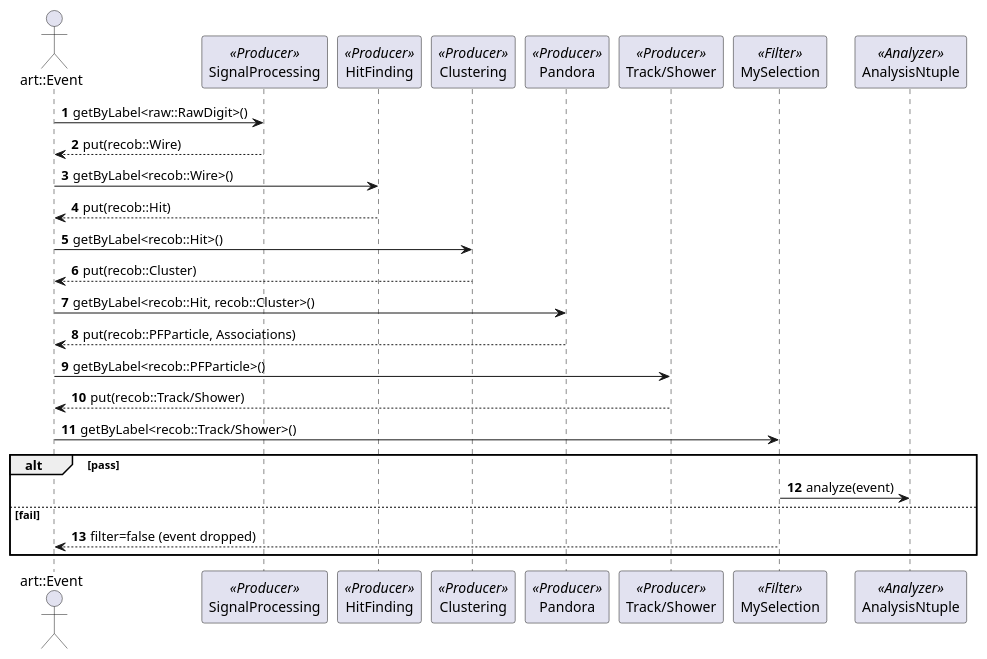
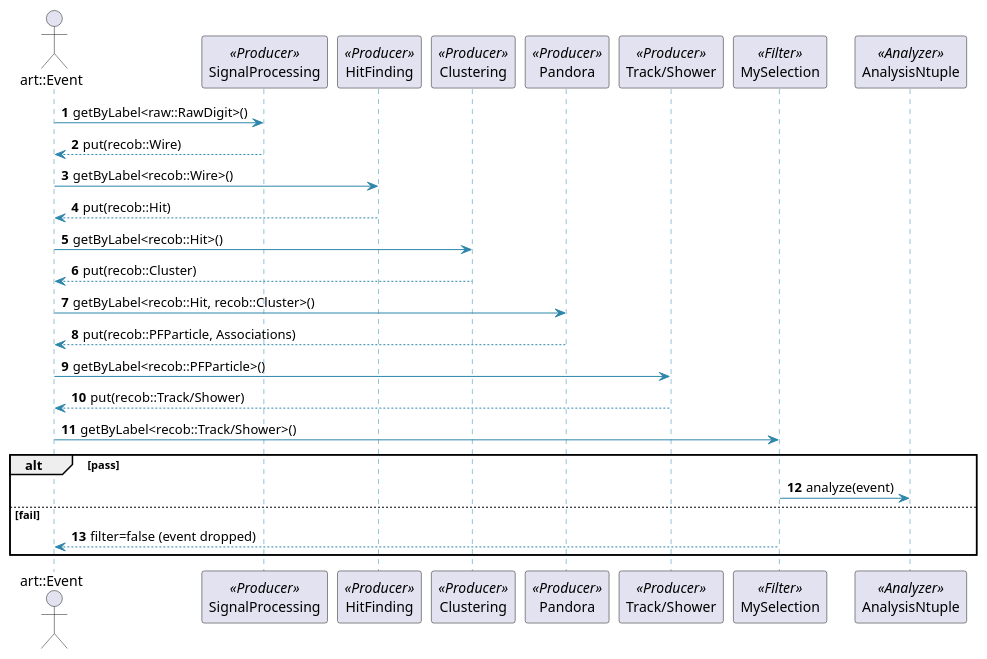
The diagram in docs/sequence.puml (njlane314/workflow-diagrams), drawn with PlantUML before and after one commit.

Commit message:
Update sequence diagram parameters and styling

```diff
--- a/docs/sequence.puml
+++ b/docs/sequence.puml
@@ -1,28 +1,35 @@
 @startuml LArSoft_Sequence
+skinparam shadowing false
+skinparam defaultFontName Arial
+skinparam sequence {
+  ArrowColor #2E86AB
+  LifeLineBorderColor #2E86AB
+  LifeLineBackgroundColor #FDFDFD
+}
 autonumber
 actor "art::Event" as E
 participant "SignalProcessing" as SP <<Producer>>
 participant "HitFinding" as HF <<Producer>>
 participant "Clustering" as CL <<Producer>>
 participant "Pandora" as PA <<Producer>>
 participant "Track/Shower" as TS <<Producer>>
 participant "MySelection" as SEL <<Filter>>
 participant "AnalysisNtuple" as AN <<Analyzer>>
 
 E -> SP: getByLabel<raw::RawDigit>()
 SP --> E: put(recob::Wire)
 E -> HF: getByLabel<recob::Wire>()
 HF --> E: put(recob::Hit)
 E -> CL: getByLabel<recob::Hit>()
 CL --> E: put(recob::Cluster)
 E -> PA: getByLabel<recob::Hit, recob::Cluster>()
 PA --> E: put(recob::PFParticle, Associations)
 E -> TS: getByLabel<recob::PFParticle>()
 TS --> E: put(recob::Track/Shower)
 E -> SEL: getByLabel<recob::Track/Shower>()
 alt pass
   SEL -> AN: analyze(event)
 else fail
   SEL --> E: filter=false (event dropped)
 end
 @enduml
```
